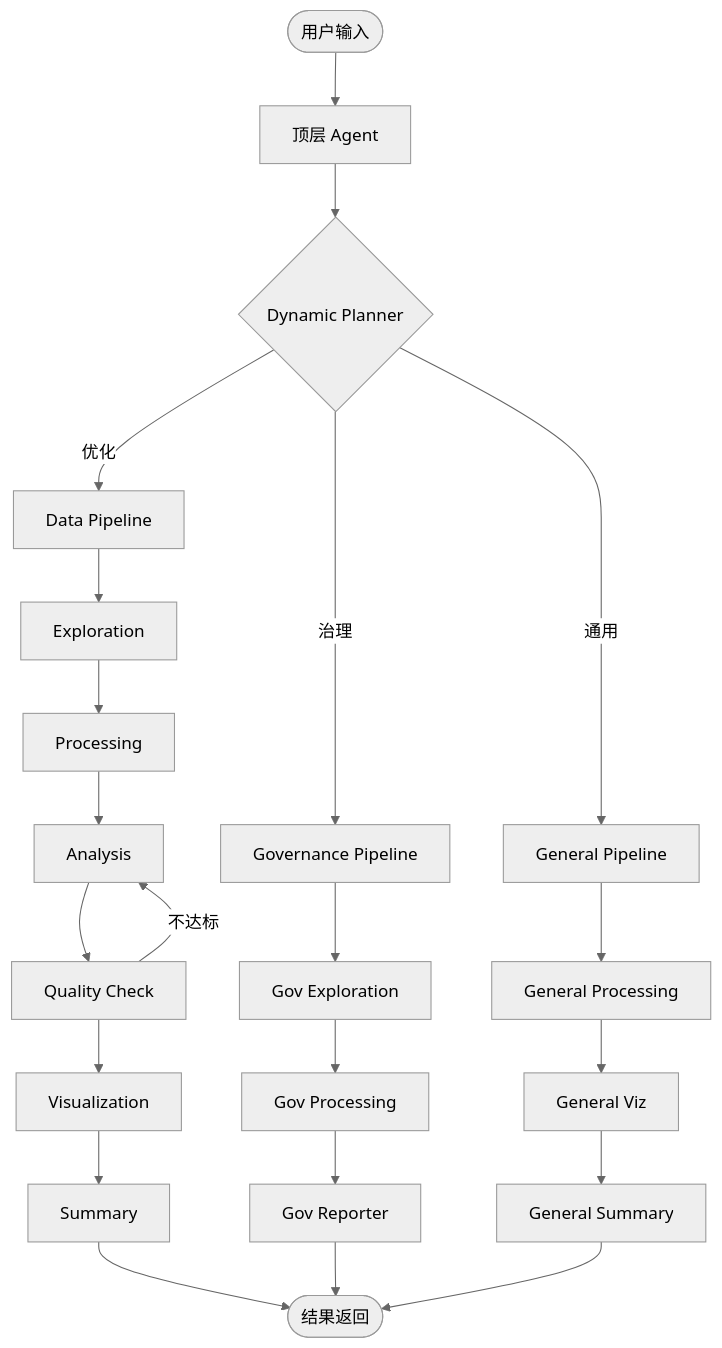
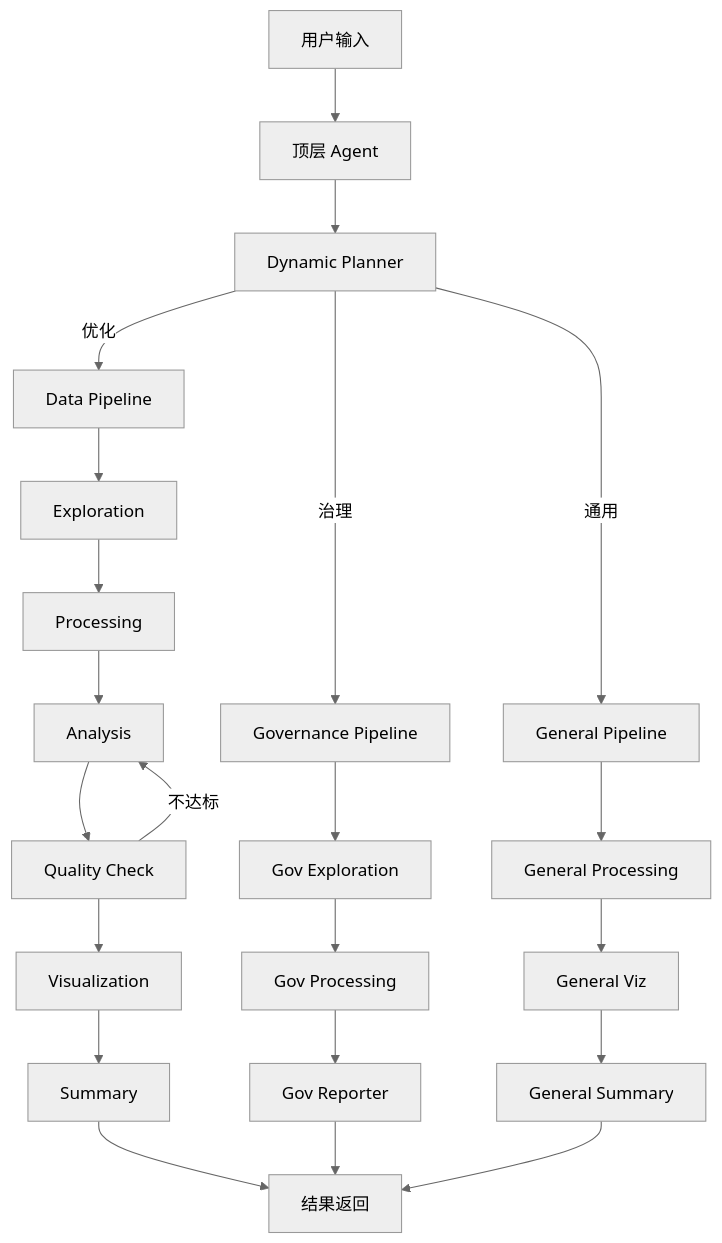
One commit to zhouning/gisdataagent changed the diagram in README.md. Above: the diagram before and after it, drawn with Mermaid (neutral theme).

Commit message:
fix(docs): remove all special mermaid node shapes for GitHub rendering
Replace stadium ([...]), diamond {...}, and quoted edge labels with
plain rectangle ["..."] nodes and unquoted edges to ensure GitHub's
mermaid renderer can parse the diagram.

````diff
--- a/README.md
+++ b/README.md
@@ -62,22 +62,22 @@
 ```mermaid
 graph TD
-    User(["用户输入"]) --> Root["顶层 Agent"]
-    Root --> Planner{"Dynamic Planner"}
+    User["用户输入"] --> Root["顶层 Agent"]
+    Root --> Planner["Dynamic Planner"]
 
-    Planner --"优化"--> OptP["Data Pipeline"]
-    Planner --"治理"--> GovP["Governance Pipeline"]
-    Planner --"通用"--> GenP["General Pipeline"]
+    Planner -- 优化 --> OptP["Data Pipeline"]
+    Planner -- 治理 --> GovP["Governance Pipeline"]
+    Planner -- 通用 --> GenP["General Pipeline"]
 
     OptP --> Exp1["Exploration"] --> Proc1["Processing"]
     Proc1 --> Ana1["Analysis"] --> QC["Quality Check"]
-    QC --"不达标"--> Ana1
+    QC -- 不达标 --> Ana1
     QC --> Viz1["Visualization"] --> Sum1["Summary"]
 
     GovP --> Exp2["Gov Exploration"] --> Proc2["Gov Processing"] --> Rep2["Gov Reporter"]
 
     GenP --> Proc3["General Processing"] --> Viz3["General Viz"] --> Sum3["General Summary"]
 
-    Sum1 --> Output(["结果返回"])
+    Sum1 --> Output["结果返回"]
     Rep2 --> Output
     Sum3 --> Output
 ```
````
